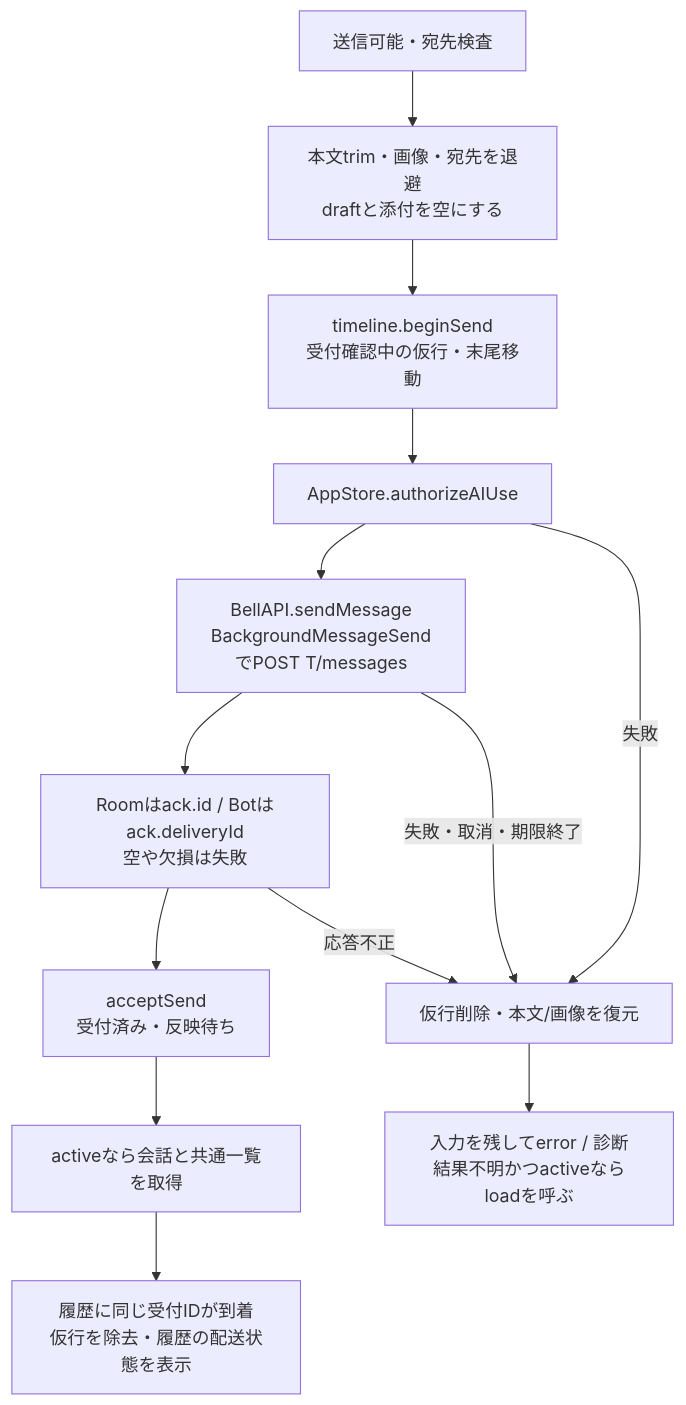
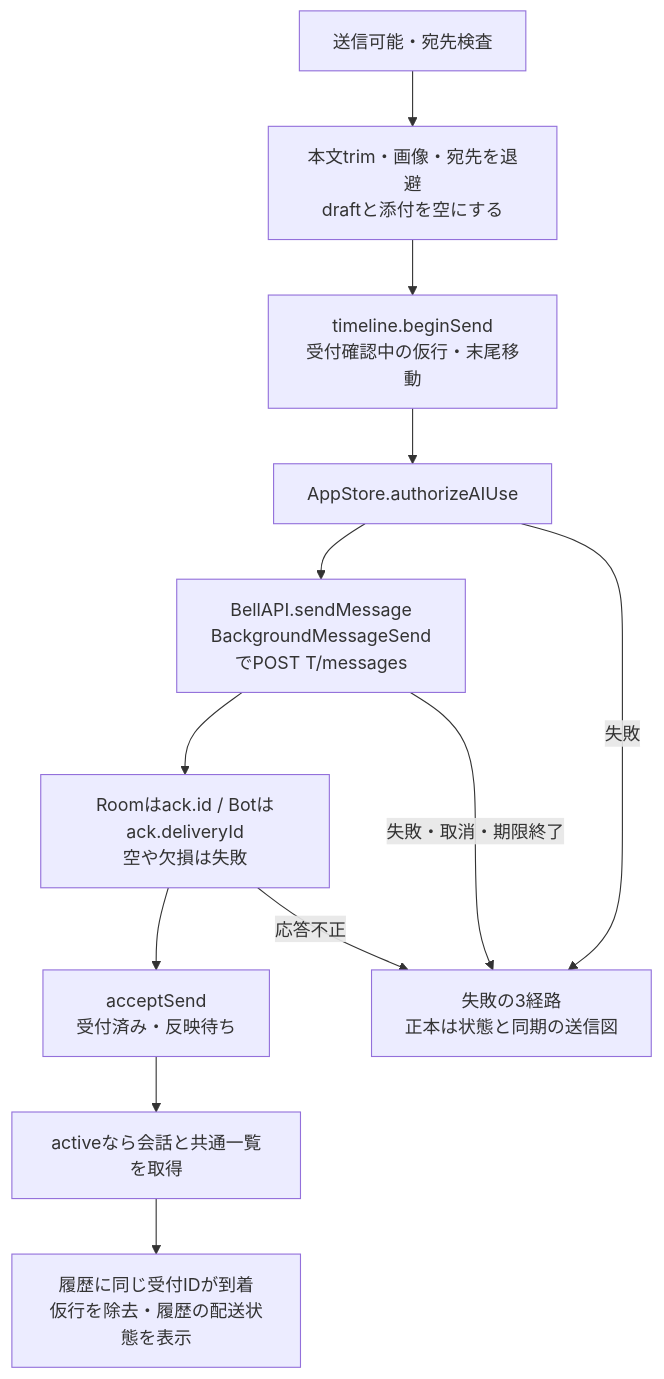
The third of 3 diagrams in docs/architecture/modules/apple/conversation.md (kitepon/BellTeam), drawn with Mermaid before and after one commit. The commit also changed other lines of this file, not shown here.

Commit message:
会話の送信図の失敗経路を状態と同期の正本図へ一本化する
Claude-Session: https://claude.ai/code/session_01Noy79K9MGKy49WfUeMTf5f

````diff
--- a/docs/architecture/modules/apple/conversation.md
+++ b/docs/architecture/modules/apple/conversation.md
@@ -80,15 +80,14 @@
 ```mermaid
 flowchart TD
   Send["送信可能・宛先検査"] --> Save["本文trim・画像・宛先を退避<br/>draftと添付を空にする"]
   Save --> Local["timeline.beginSend<br/>受付確認中の仮行・末尾移動"]
   Local --> Access["AppStore.authorizeAIUse"]
   Access --> Post["BellAPI.sendMessage<br/>BackgroundMessageSendでPOST T/messages"]
   Post --> ID["Roomはack.id / Botはack.deliveryId<br/>空や欠損は失敗"]
   ID --> Accepted["acceptSend<br/>受付済み・反映待ち"]
   Accepted --> Load["activeなら会話と共通一覧を取得"]
   Load --> Received["履歴に同じ受付IDが到着<br/>仮行を除去・履歴の配送状態を表示"]
-  Access -->|"失敗"| Restore["仮行削除・本文/画像を復元"]
-  Post -->|"失敗・取消・期限終了"| Restore
-  ID -->|"応答不正"| Restore
-  Restore --> Error["入力を残してerror / 診断<br/>結果不明かつactiveならloadを呼ぶ"]
+  Access -->|"失敗"| Failure["失敗の3経路<br/>正本は状態と同期の送信図"]
+  Post -->|"失敗・取消・期限終了"| Failure
+  ID -->|"応答不正"| Failure
 ```
````
